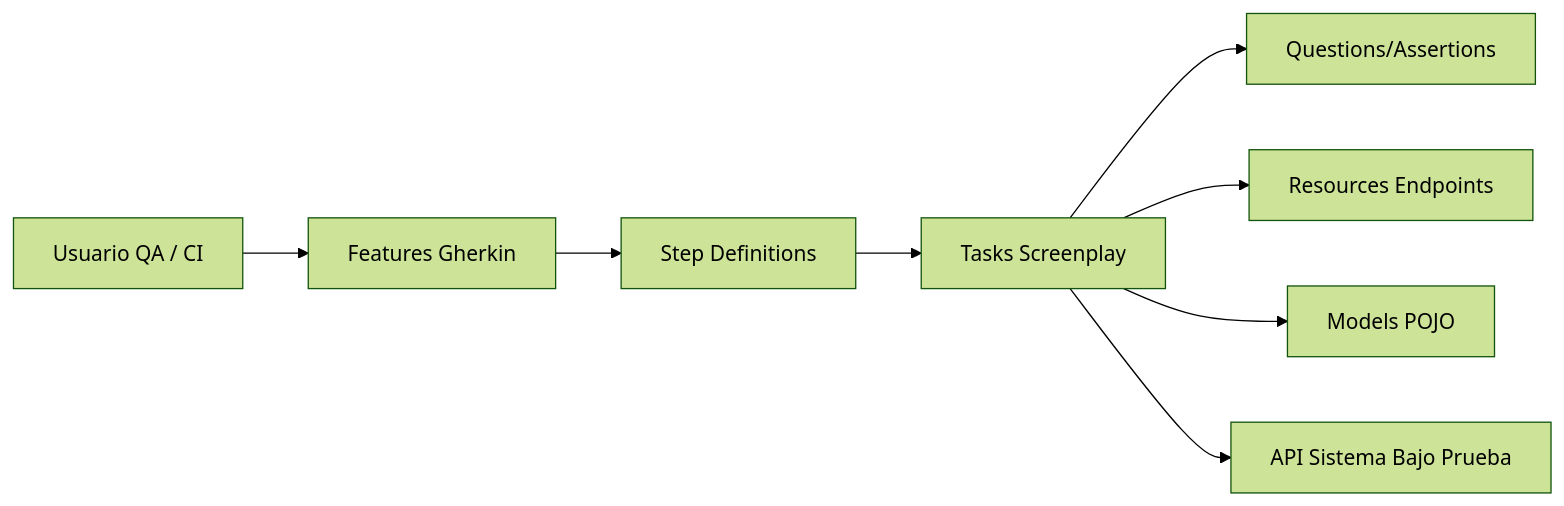
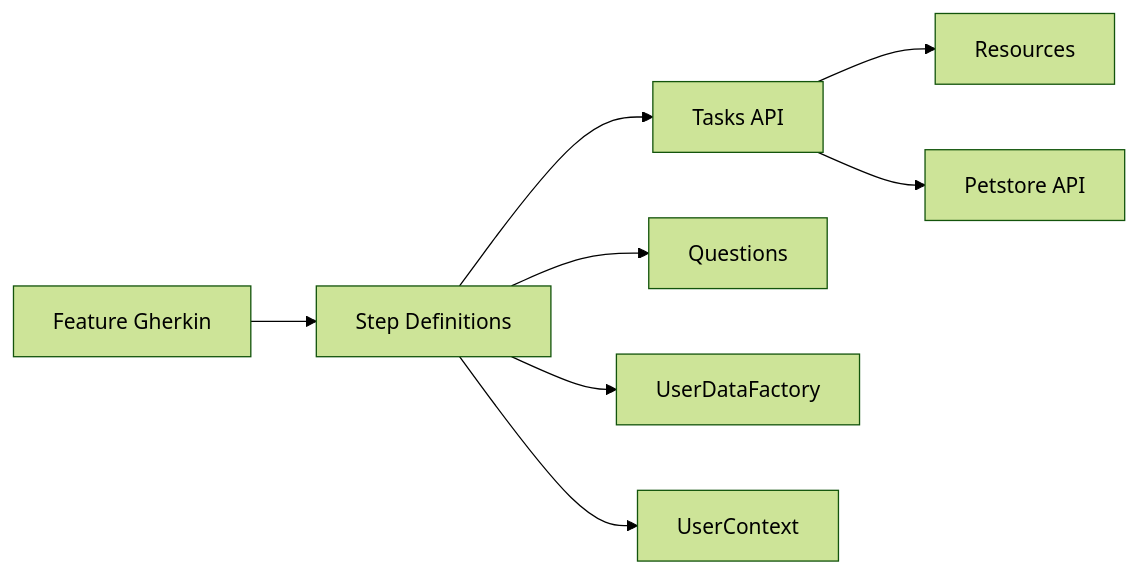
One commit to SofkaMatiasRegalo/AUTO_API_PETSTORE_SCREENPLAY changed the first of 2 diagrams in README.md. Above: the diagram before and after it, drawn with Mermaid (forest theme). The commit also changed other lines of this file and 17 other files, not shown here.

````diff
--- a/README.md
+++ b/README.md
@@ -14,11 +16,10 @@
 ```mermaid
 flowchart LR
-    U[Usuario QA / CI] --> F[Features Gherkin]
-    F --> S[Step Definitions]
-    S --> T[Tasks Screenplay]
-    T --> Q[Questions/Assertions]
-    T --> R[Resources Endpoints]
-    T --> M[Models POJO]
-    T --> API[API Sistema Bajo Prueba]
-
+    F[Feature Gherkin] --> SD[Step Definitions]
+    SD --> TK[Tasks API]
+    SD --> QS[Questions]
+    TK --> RS[Resources]
+    SD --> UF[UserDataFactory]
+    SD --> UC[UserContext]
+    TK --> API[Petstore API]
 ```
````
